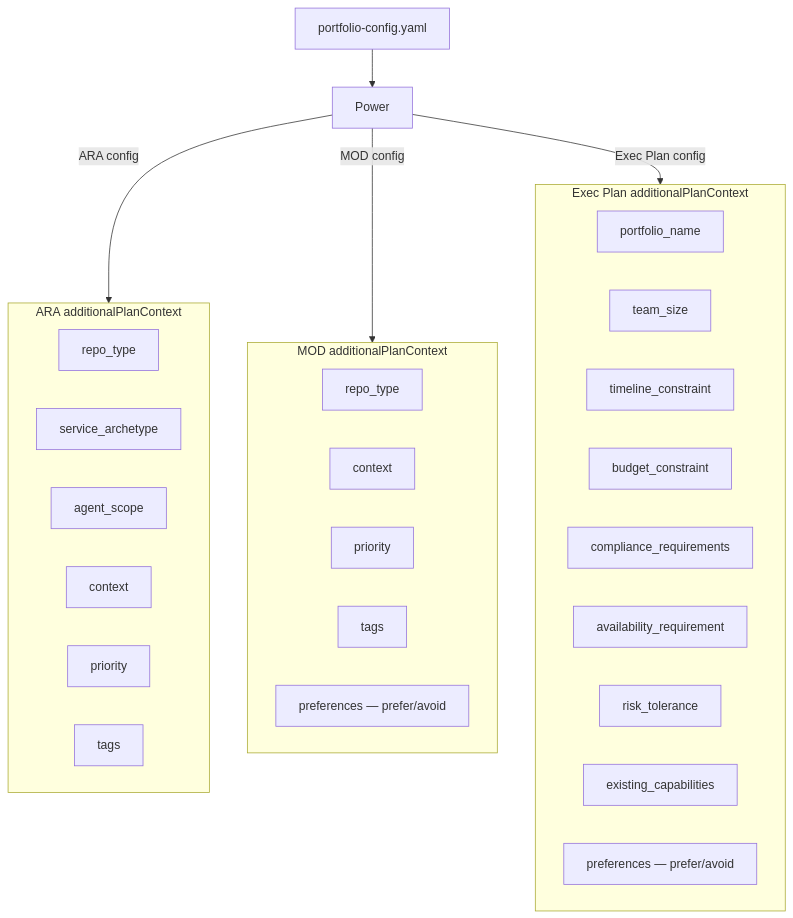
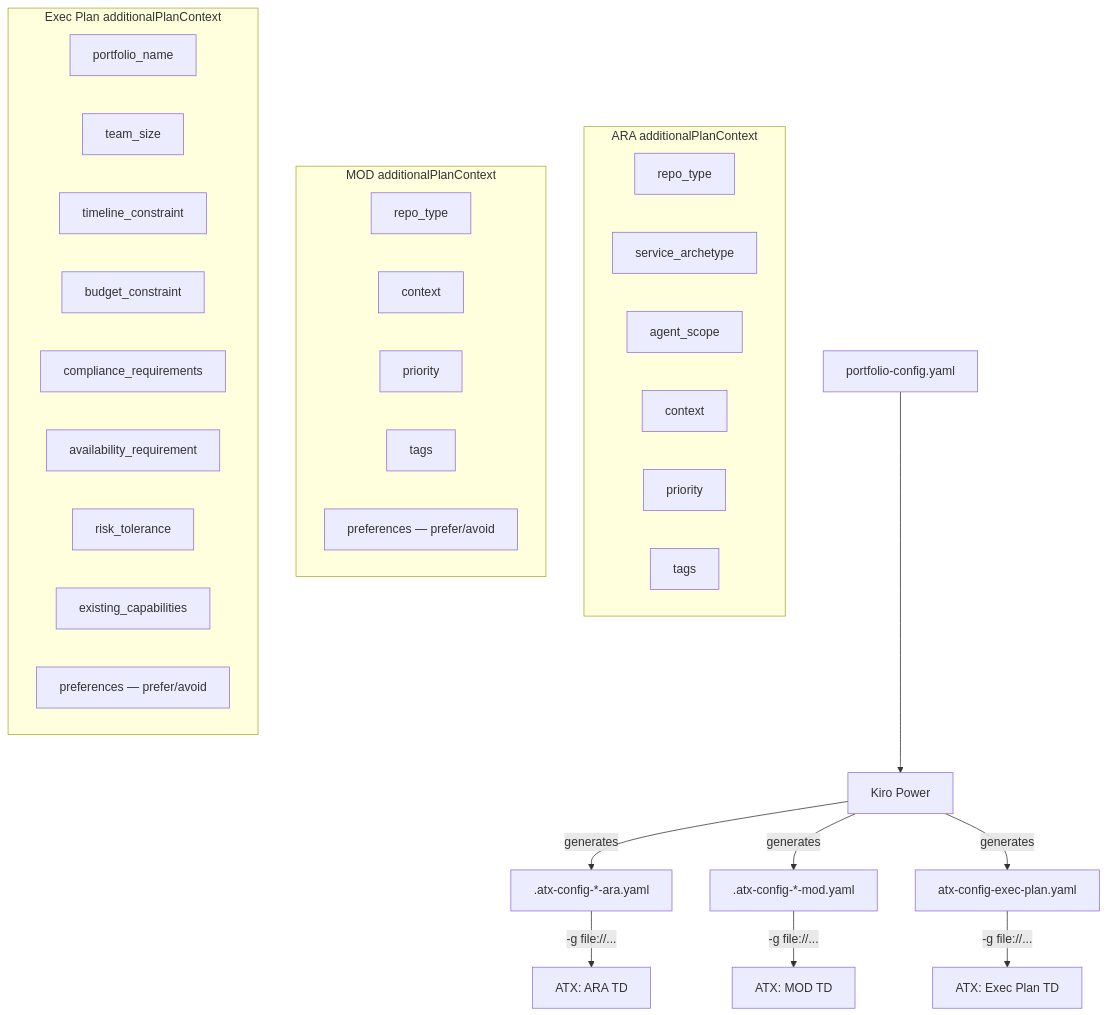
Before and after one commit to aws-samples/sample-agentic-readiness-analysis-orchestrator: the third of 4 diagrams in README.md, drawn with Mermaid. The commit also changed other lines of this file and 3 other files, not shown here.

First line of the commit message:
fix: separate Kiro config (portfolio-config.yaml) from ATX config (atx-config-exec-plan.yaml)

````diff
--- a/README.md
+++ b/README.md
@@ -82,37 +84,41 @@
 ```mermaid
 flowchart TB
-    YAML[portfolio-config.yaml] --> POWER[Power]
+    YAML[portfolio-config.yaml] --> POWER[Kiro Power]
     
-    POWER -->|ARA config| ARA_CFG
-    POWER -->|MOD config| MOD_CFG
-    POWER -->|Exec Plan config| EXEC_CFG
+    POWER -->|generates| ARA_FILE[".atx-config-*-ara.yaml"]
+    POWER -->|generates| MOD_FILE[".atx-config-*-mod.yaml"]
+    POWER -->|generates| EXEC_FILE["atx-config-exec-plan.yaml"]
+
+    ARA_FILE -->|"-g file://..."| ATX_ARA["ATX: ARA TD"]
+    MOD_FILE -->|"-g file://..."| ATX_MOD["ATX: MOD TD"]
+    EXEC_FILE -->|"-g file://..."| ATX_EXEC["ATX: Exec Plan TD"]
 
     subgraph ARA_CFG [ARA additionalPlanContext]
         A1[repo_type]
         A2[service_archetype]
         A3[agent_scope]
         A4[context]
         A5[priority]
         A6[tags]
     end
 
     subgraph MOD_CFG [MOD additionalPlanContext]
         M1[repo_type]
         M2[context]
         M3[priority]
         M4[tags]
         M5[preferences — prefer/avoid]
     end
 
     subgraph EXEC_CFG [Exec Plan additionalPlanContext]
         E1[portfolio_name]
         E2[team_size]
         E3[timeline_constraint]
         E4[budget_constraint]
         E5[compliance_requirements]
         E6[availability_requirement]
         E7[risk_tolerance]
         E8[existing_capabilities]
         E9[preferences — prefer/avoid]
     end
 ```
````
